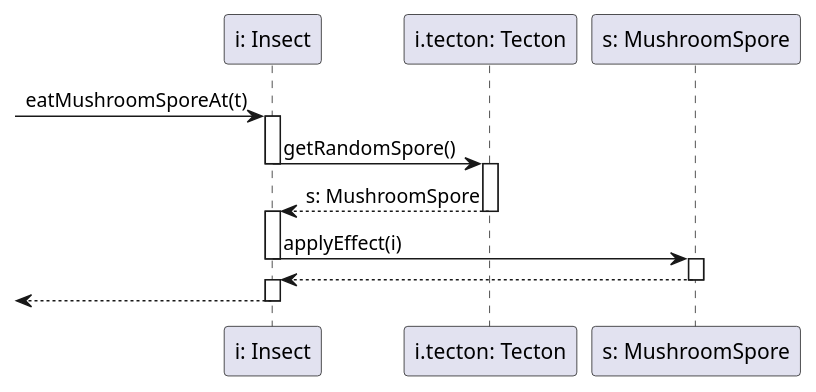
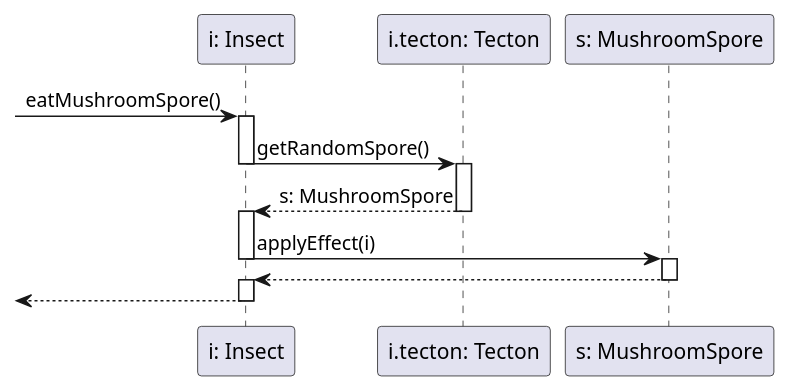
Before and after one commit to dzsem/projlab: the diagram in diagrams/sequence/insect/eatMushroomSpore.plantuml, drawn with PlantUML.

Commit message:
Fix eatMushroomSpore

```diff
--- a/diagrams/sequence/insect/eatMushroomSpore.plantuml
+++ b/diagrams/sequence/insect/eatMushroomSpore.plantuml
@@ -1,29 +1,29 @@
-@startuml Insect.eatMushroomSporeAt
+@startuml Insect.eatMushroomSpore
 
 participant "i: Insect" as insect
 participant "i.tecton: Tecton" as tecton
 participant "s: MushroomSpore" as spore
 
--> insect: eatMushroomSporeAt(t)
+-> insect: eatMushroomSpore()
 activate insect
 
 insect -> tecton: getRandomSpore()
 deactivate insect
 activate tecton
 
 insect <-- tecton: s: MushroomSpore
 deactivate tecton
 activate insect
 
 insect -> spore: applyEffect(i)
 deactivate insect
 activate spore
 
 insect <-- spore
 deactivate spore
 activate insect
 
 <-- insect
 deactivate insect
 
 @enduml
```
